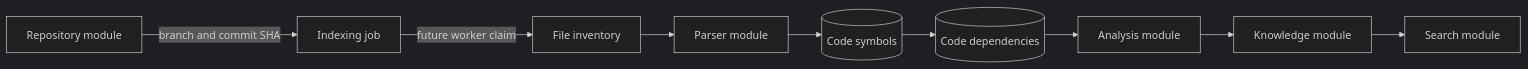
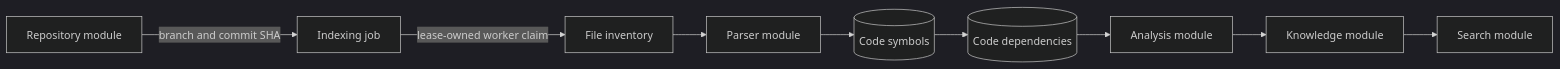
One commit to Pradeep1816/codemind-api changed the first of 2 diagrams in docs/02-core-modules/indexing.md. Above: the diagram before and after it, drawn with Mermaid (dark theme). The commit also changed other lines of this file and 31 other files, not shown here.

````diff
--- a/docs/02-core-modules/indexing.md
+++ b/docs/02-core-modules/indexing.md
@@ -87,11 +93,11 @@
 ```mermaid
 flowchart LR
     Repo[Repository module] -->|branch and commit SHA| Job[Indexing job]
-    Job -->|future worker claim| Scanner[File inventory]
+    Job -->|lease-owned worker claim| Scanner[File inventory]
     Scanner --> Parser[Parser module]
     Parser --> Symbols[(Code symbols)]
     Symbols --> Graph[(Code dependencies)]
     Graph --> Analysis[Analysis module]
     Analysis --> Knowledge[Knowledge module]
     Knowledge --> Search[Search module]
 ```
````
